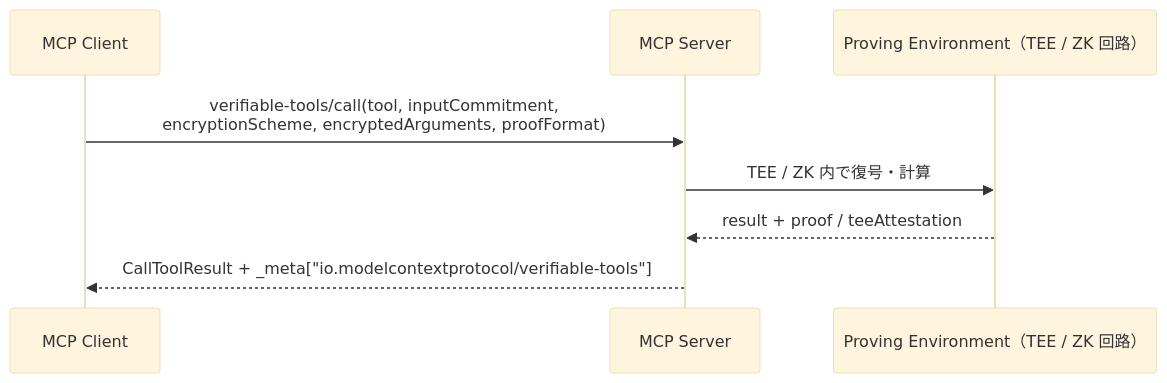
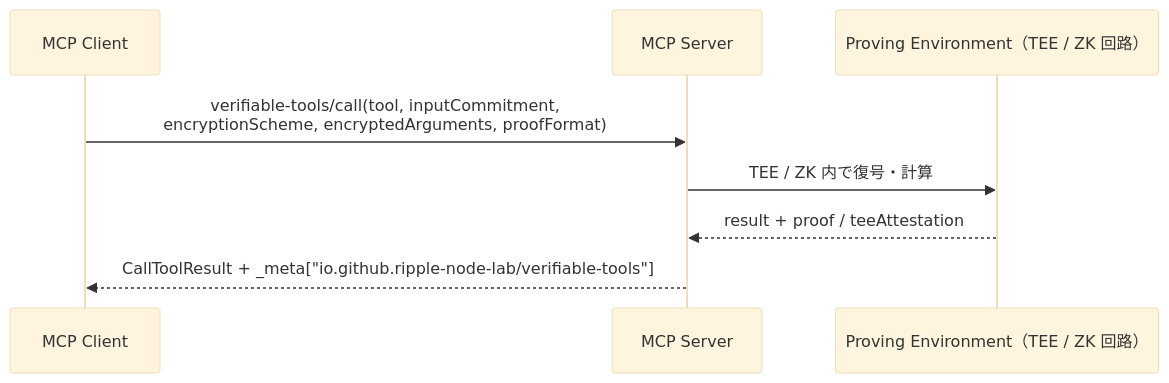
The third of 3 diagrams in docs/spec/verifiable-tools.ja.md (ripple-node-lab/mcp-verifiable-tools-demo), drawn with Mermaid (base theme) before and after one commit. The commit also changed other lines of this file and 17 other files, not shown here.

Commit message:
refactor: switch extension identifier to vendor prefix io.github.ripple-node-lab/verifiable-tools

````diff
--- a/docs/spec/verifiable-tools.ja.md
+++ b/docs/spec/verifiable-tools.ja.md
@@ -552,11 +552,11 @@
 ```mermaid
 sequenceDiagram
     participant C as MCP Client
     participant S as MCP Server
     participant P as Proving Environment（TEE / ZK 回路）
 
     C->>S: verifiable-tools/call(tool, inputCommitment,<br/>encryptionScheme, encryptedArguments, proofFormat)
     S->>P: TEE / ZK 内で復号・計算
     P-->>S: result + proof / teeAttestation
-    S-->>C: CallToolResult + _meta["io.modelcontextprotocol/verifiable-tools"]
+    S-->>C: CallToolResult + _meta["io.github.ripple-node-lab/verifiable-tools"]
 ```
````
